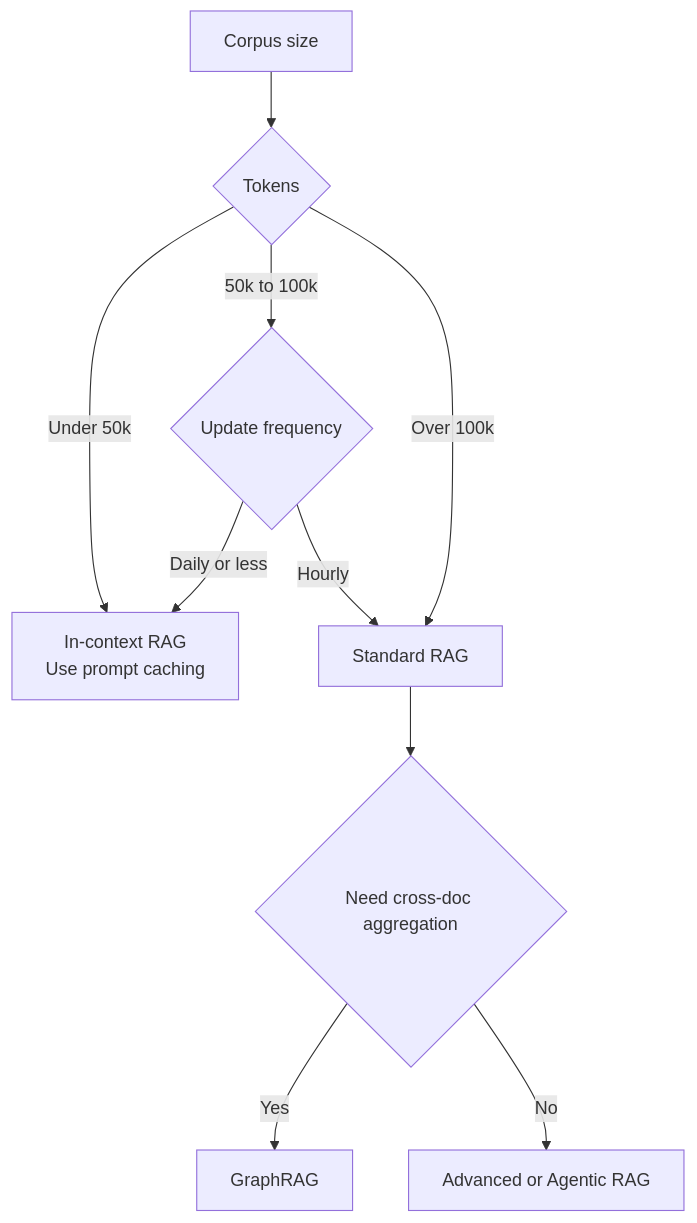
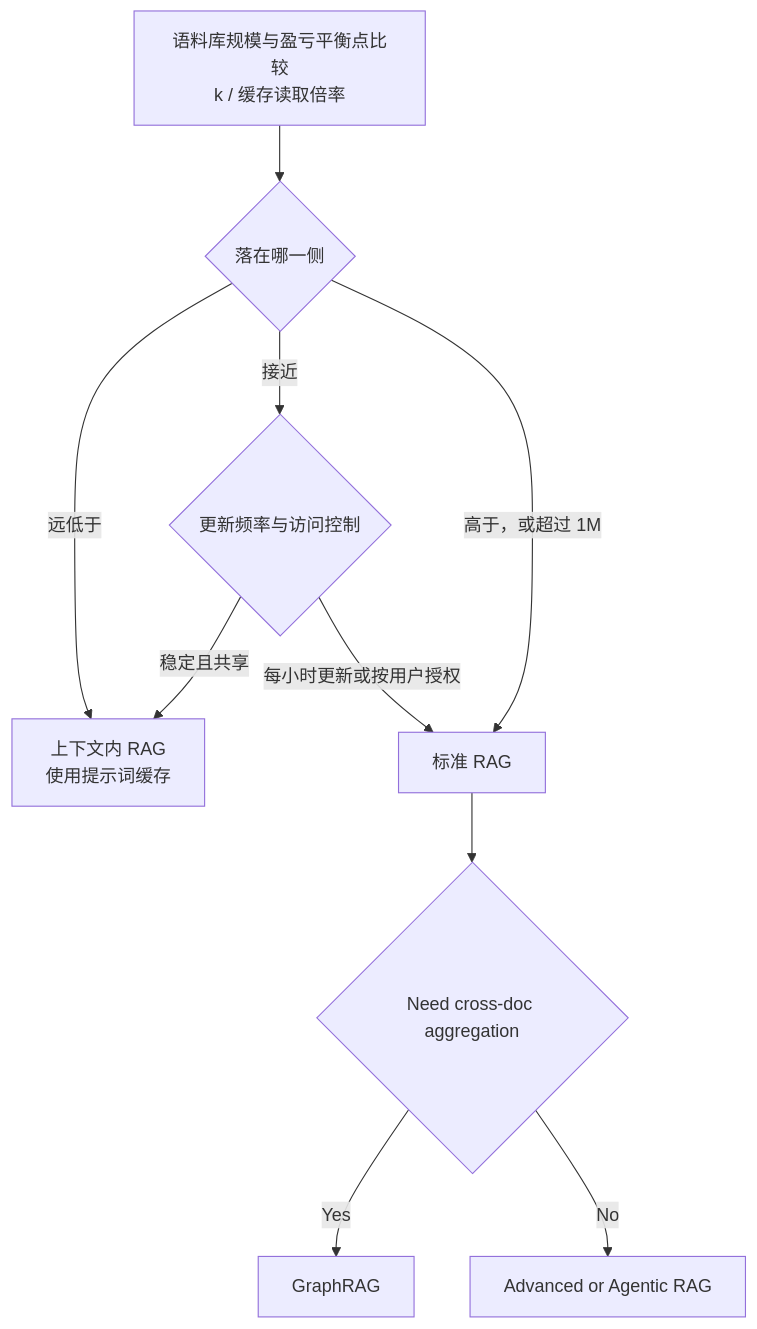
The second of 2 diagrams in 06-retrieval-systems/01-rag-fundamentals.md (ChiHoc/ai-system-design-guide-zh), drawn with Mermaid before and after one commit. The commit also changed other lines of this file and 149 other files, not shown here.

````diff
--- a/06-retrieval-systems/01-rag-fundamentals.md
+++ b/06-retrieval-systems/01-rag-fundamentals.md
@@ -88,12 +111,12 @@
 ```mermaid
 flowchart TD
-    A[Corpus size] --> B{Tokens}
-    B -->|Under 50k| C[In-context RAG<br/>Use prompt caching]
-    B -->|50k to 100k| D{Update frequency}
-    D -->|Daily or less| C
-    D -->|Hourly| E[Standard RAG]
-    B -->|Over 100k| E
+    A[语料库规模与盈亏平衡点比较<br/>k / 缓存读取倍率] --> B{落在哪一侧}
+    B -->|远低于| C[上下文内 RAG<br/>使用提示词缓存]
+    B -->|接近| D{更新频率与访问控制}
+    D -->|稳定且共享| C
+    D -->|每小时更新或按用户授权| E[标准 RAG]
+    B -->|高于，或超过 1M| E
     E --> F{Need cross-doc aggregation}
     F -->|Yes| G[GraphRAG]
     F -->|No| H[Advanced or Agentic RAG]
 ```
````
